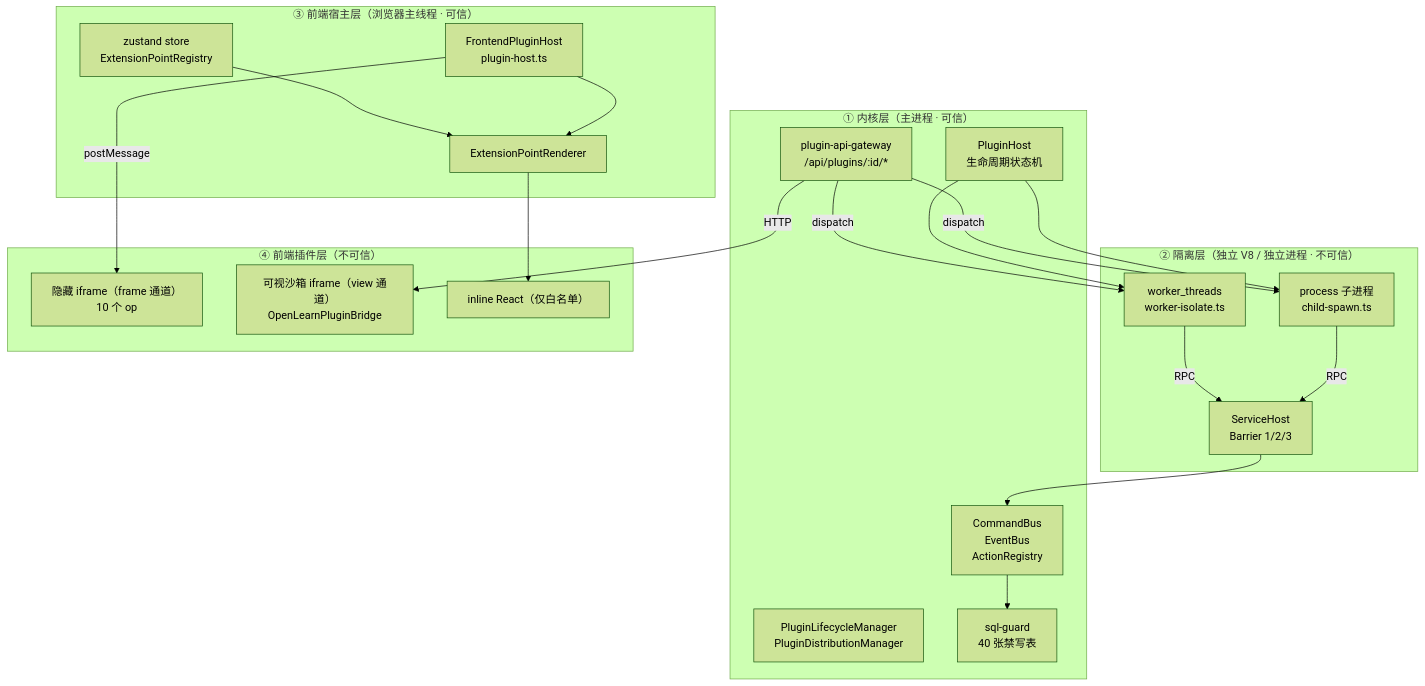
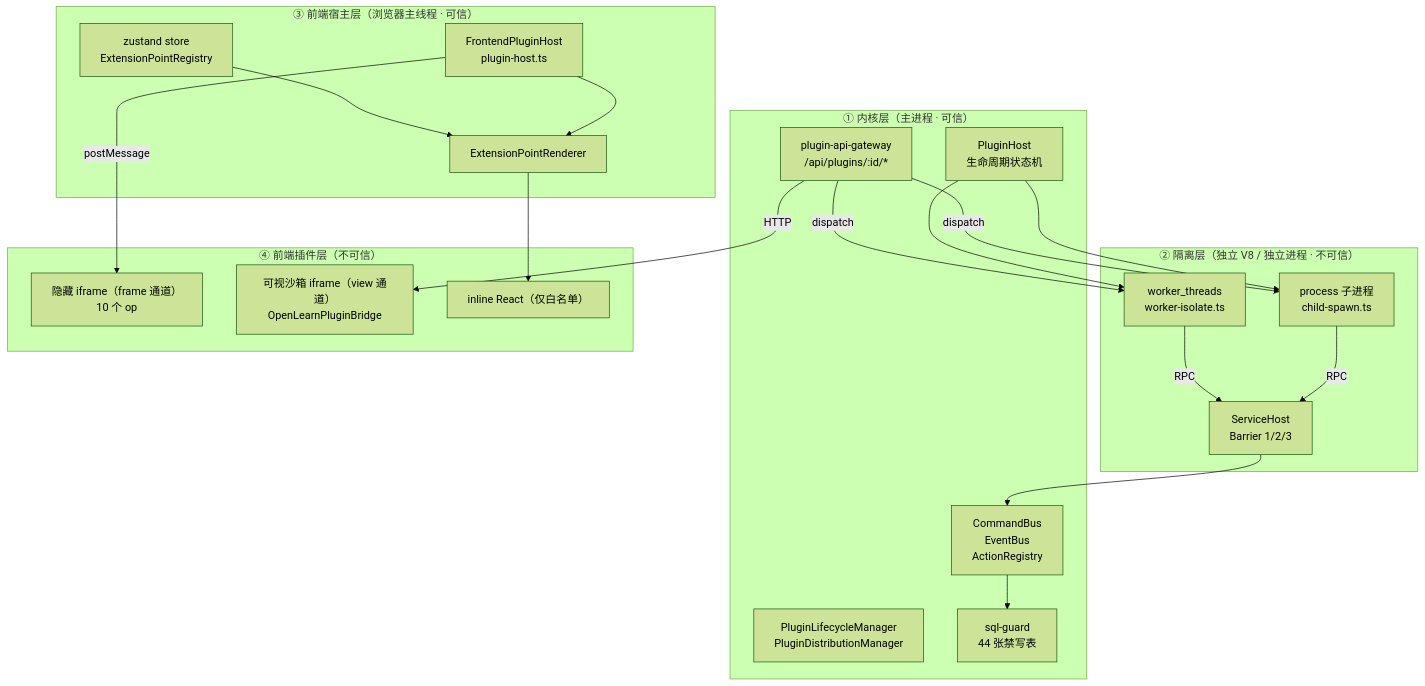
One commit to aymwoo/OpenLearn-Next-V2 changed the first of 2 diagrams in docs/ai-reference/architecture/plugin-runtime-planes.md. Above: the diagram before and after it, drawn with Mermaid (forest theme). The commit also changed 29 other files, not shown here.

````diff
--- a/docs/ai-reference/architecture/plugin-runtime-planes.md
+++ b/docs/ai-reference/architecture/plugin-runtime-planes.md
@@ -13,42 +13,42 @@
 ```mermaid
 flowchart TB
   subgraph L1["① 内核层（主进程 · 可信）"]
     KB["CommandBus<br/>EventBus<br/>ActionRegistry"]
     PH["PluginHost<br/>生命周期状态机"]
     LG["PluginLifecycleManager<br/>PluginDistributionManager"]
     GW["plugin-api-gateway<br/>/api/plugins/:id/*"]
-    SQL["sql-guard<br/>40 张禁写表"]
+    SQL["sql-guard<br/>44 张禁写表"]
   end
 
   subgraph L2["② 隔离层（独立 V8 / 独立进程 · 不可信）"]
     PX["process 子进程<br/>child-spawn.ts"]
     WK["worker_threads<br/>worker-isolate.ts"]
     SH["ServiceHost<br/>Barrier 1/2/3"]
   end
 
   subgraph L3["③ 前端宿主层（浏览器主线程 · 可信）"]
     FH["FrontendPluginHost<br/>plugin-host.ts"]
     ST["zustand store<br/>ExtensionPointRegistry"]
     RD["ExtensionPointRenderer"]
   end
 
   subgraph L4["④ 前端插件层（不可信）"]
     FR["隐藏 iframe（frame 通道）<br/>10 个 op"]
     VW["可视沙箱 iframe（view 通道）<br/>OpenLearnPluginBridge"]
     IR["inline React（仅白名单）"]
   end
 
   PH --> PX
   PH --> WK
   PX -->|RPC| SH
   WK -->|RPC| SH
   SH --> KB
   KB --> SQL
   GW -->|dispatch| PX
   GW -->|dispatch| WK
   FH -->|postMessage| FR
   FH --> RD
   ST --> RD
   GW -->|HTTP| VW
   RD --> IR
 ```
````
